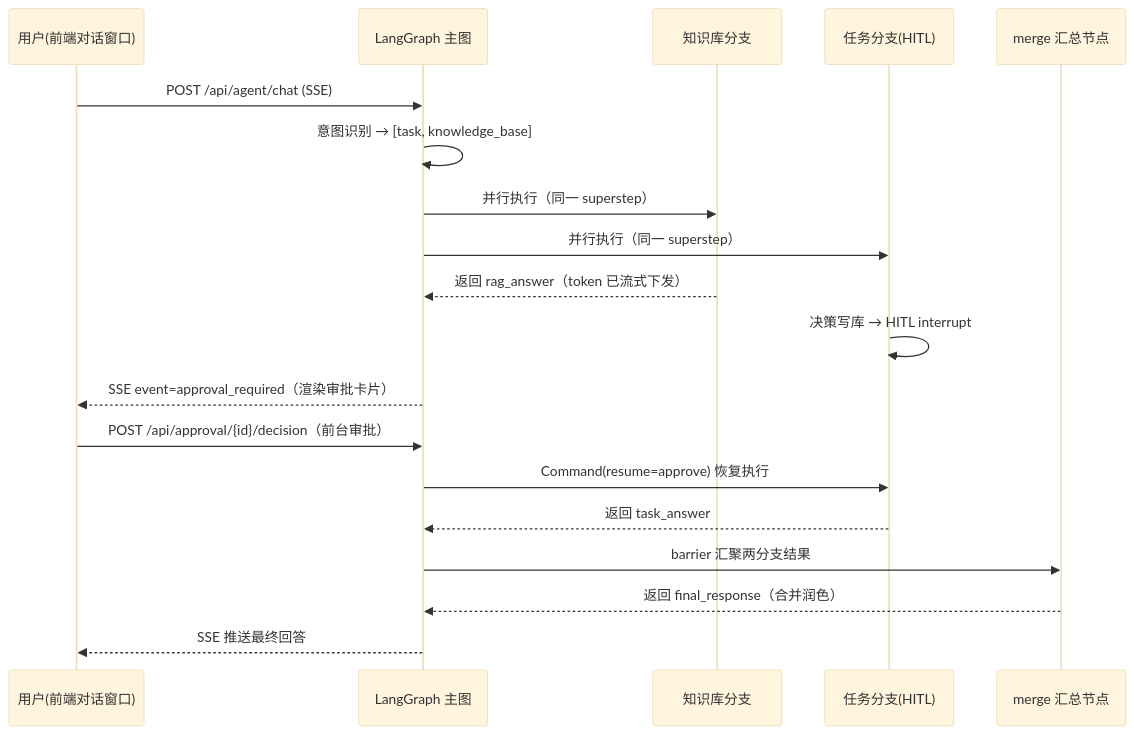
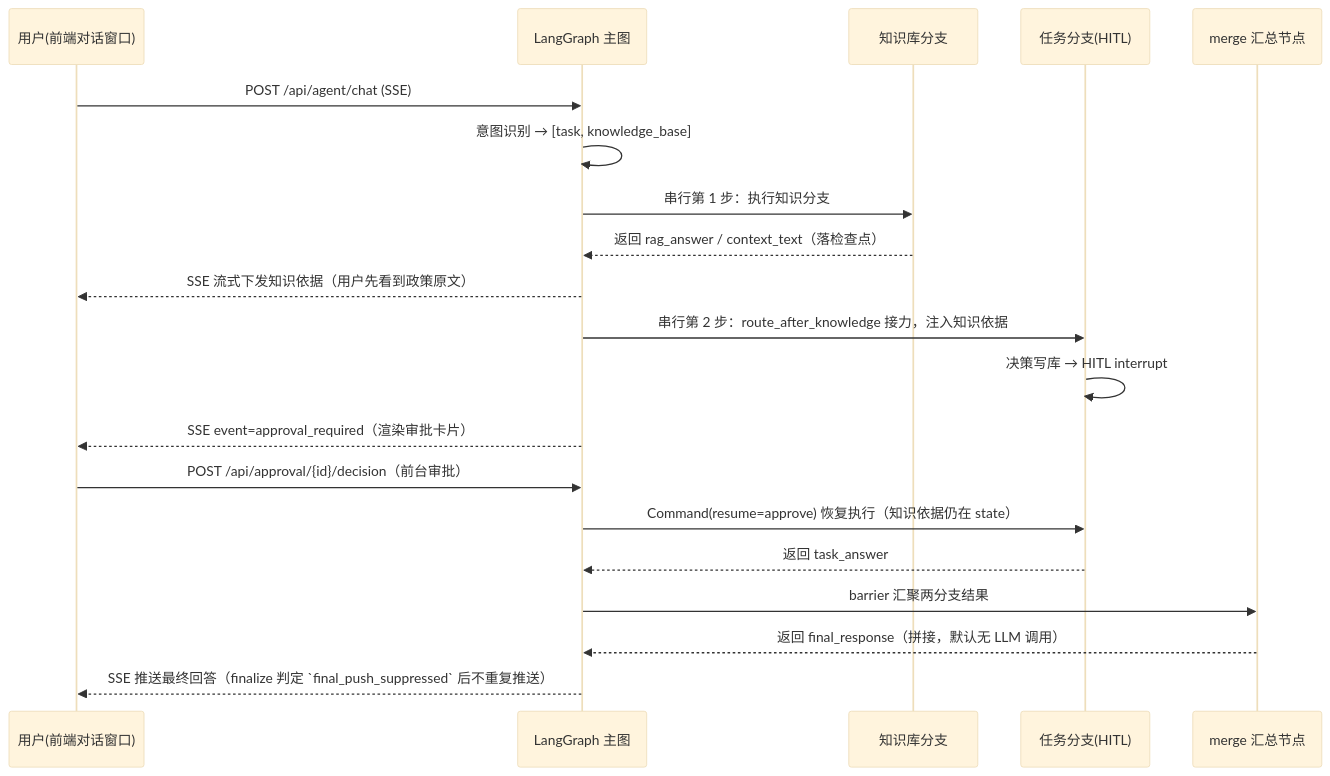
The seventh of 8 diagrams in docs/lingxi_agent_langgraph_redesign.md (zzdcoder/lingxi-agent-new), drawn with Mermaid (base theme) before and after one commit. The commit also changed other lines of this file and 12 other files, not shown here.

````diff
--- a/docs/lingxi_agent_langgraph_redesign.md
+++ b/docs/lingxi_agent_langgraph_redesign.md
@@ -555,22 +594,23 @@
 ```mermaid
 sequenceDiagram
     participant U as 用户(前端对话窗口)
     participant G as LangGraph 主图
     participant K as 知识库分支
     participant T as 任务分支(HITL)
     participant M as merge 汇总节点
 
     U->>G: POST /api/agent/chat (SSE)
     G->>G: 意图识别 → [task, knowledge_base]
-    G->>K: 并行执行（同一 superstep）
-    G->>T: 并行执行（同一 superstep）
-    K-->>G: 返回 rag_answer（token 已流式下发）
+    G->>K: 串行第 1 步：执行知识分支
+    K-->>G: 返回 rag_answer / context_text（落检查点）
+    G-->>U: SSE 流式下发知识依据（用户先看到政策原文）
+    G->>T: 串行第 2 步：route_after_knowledge 接力，注入知识依据
     T->>T: 决策写库 → HITL interrupt
     G-->>U: SSE event=approval_required（渲染审批卡片）
     U->>G: POST /api/approval/{id}/decision（前台审批）
-    G->>T: Command(resume=approve) 恢复执行
+    G->>T: Command(resume=approve) 恢复执行（知识依据仍在 state）
     T-->>G: 返回 task_answer
     G->>M: barrier 汇聚两分支结果
-    M-->>G: 返回 final_response（合并润色）
-    G-->>U: SSE 推送最终回答
+    M-->>G: 返回 final_response（拼接，默认无 LLM 调用）
+    G-->>U: SSE 推送最终回答（finalize 判定 `final_push_suppressed` 后不重复推送）
 ```
````
